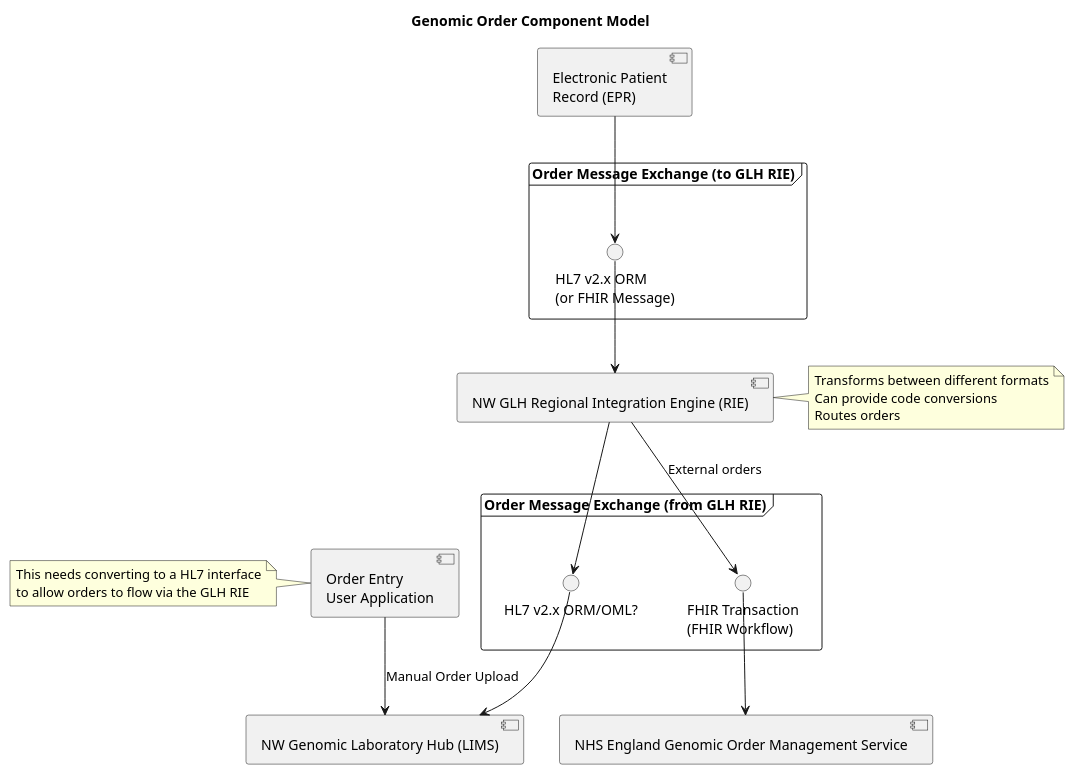
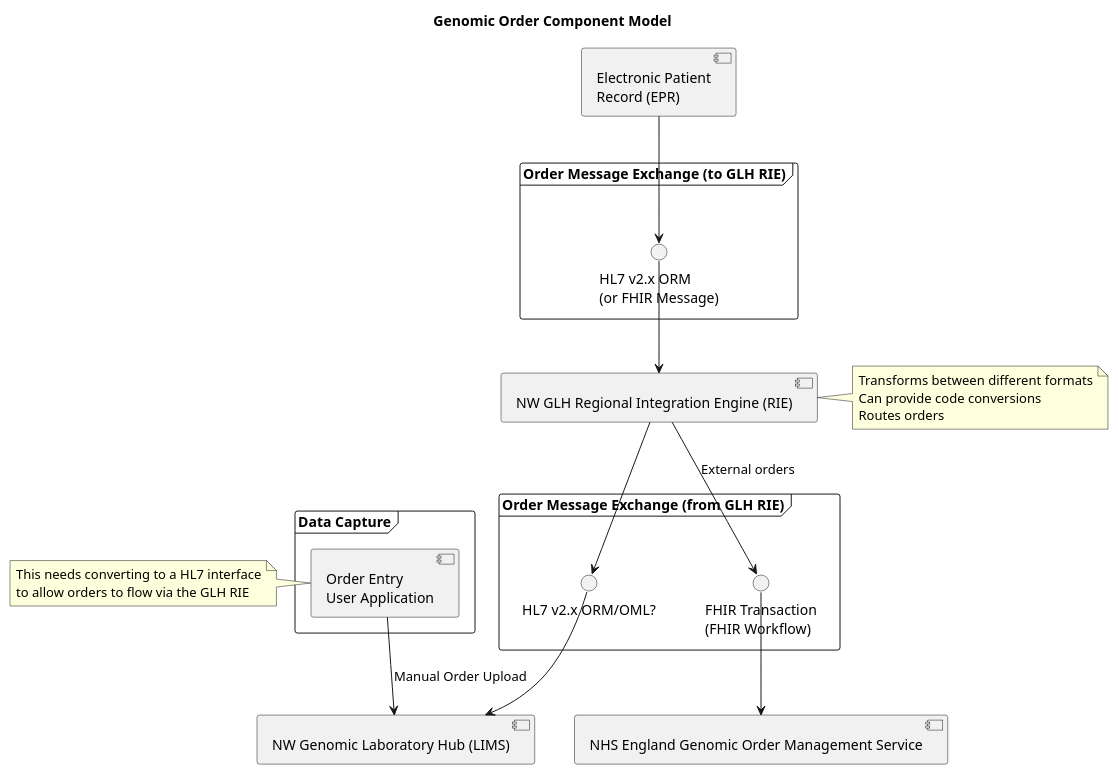
One commit to nw-gmsa/nw-gmsa.github.com changed the diagram in input/images-source/orders-component.plantuml. Above: the diagram before and after it, drawn with PlantUML. The commit also changed 1 other file, not shown here.

```diff
--- a/input/images-source/orders-component.plantuml
+++ b/input/images-source/orders-component.plantuml
@@ -1,40 +1,43 @@
 @startuml
 
 title "Genomic Order Component Model"
 
 component "NW Genomic Laboratory Hub (LIMS)" as LIMS
 component "Electronic Patient\nRecord (EPR)" as EPR
 component "NW GLH Regional Integration Engine (RIE)" as TIE
 component "NHS England Genomic Order Management Service" as GOMS
-component "Order Entry\nUser Application" as user
+
+frame "Data Capture" as sdc {
+  component "Order Entry\nUser Application" as user
+}
 
 frame "Order Message Exchange (to GLH RIE)" as xChange1 {
  interface "HL7 v2.x ORM\n(or FHIR Message)" as HL7_ORM1
 }
 
 frame "Order Message Exchange (from GLH RIE)" as xChange2 {
  interface "HL7 v2.x ORM/OML?" as HL7_ORM2
  interface "FHIR Transaction\n(FHIR Workflow)" as Transaction
 }
 
 EPR -d-> HL7_ORM1
 HL7_ORM1 -d-> TIE
 TIE -d-> HL7_ORM2
 TIE -d-> Transaction: External orders
 Transaction -d-> GOMS
 
 HL7_ORM2 -d-> LIMS
 user -d-> LIMS : Manual Order Upload
 
 note left of user
 This needs converting to a HL7 interface
 to allow orders to flow via the GLH RIE
 end note
 
 note right of TIE
 Transforms between different formats
 Can provide code conversions
 Routes orders
 end note
 
 @enduml
```
